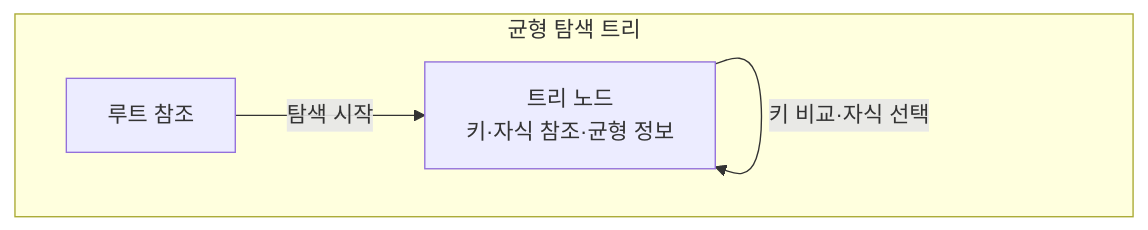
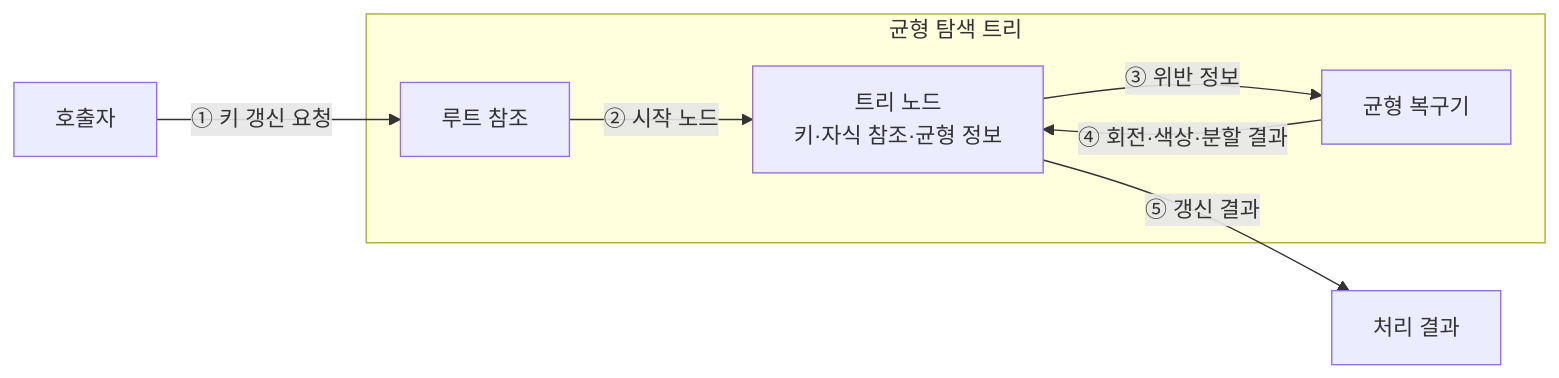
Before and after one commit to agnusdei1207/knowledge-base: the diagram in src/content/docs/notes/01-basic-theory/008_tree_data_structures.md, drawn with Mermaid. The commit also changed other lines of this file and 6 other files, not shown here.

````diff
--- a/src/content/docs/notes/01-basic-theory/008_tree_data_structures.md
+++ b/src/content/docs/notes/01-basic-theory/008_tree_data_structures.md
@@ -60,9 +59,13 @@
 ```mermaid
-flowchart TB
+flowchart LR
+    C[호출자] -->|① 키 갱신 요청| ROOT
     subgraph TREE[균형 탐색 트리]
         ROOT[루트 참조]
         NODE[트리 노드<br/>키·자식 참조·균형 정보]
-        ROOT -->|탐색 시작| NODE
-        NODE -->|키 비교·자식 선택| NODE
+        BAL[균형 복구기]
+        ROOT -->|② 시작 노드| NODE
+        NODE -->|③ 위반 정보| BAL
+        BAL -->|④ 회전·색상·분할 결과| NODE
     end
+    NODE -->|⑤ 갱신 결과| O[처리 결과]
 ```
````
